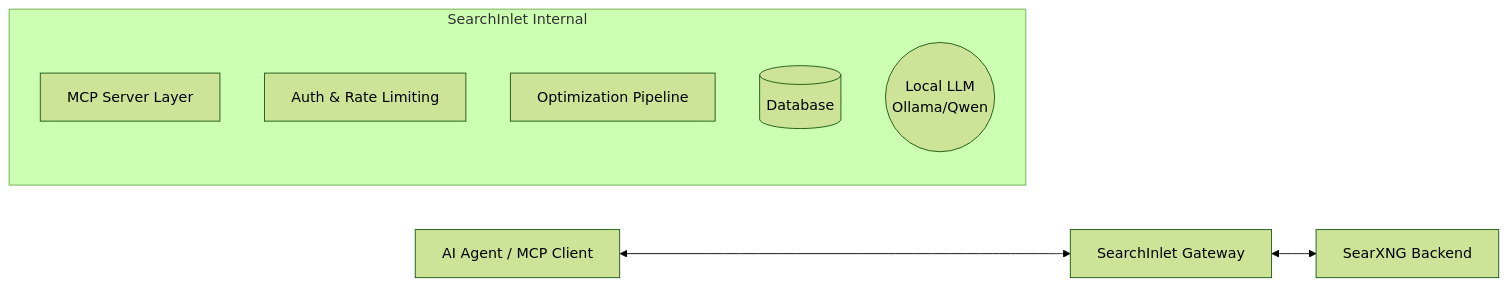
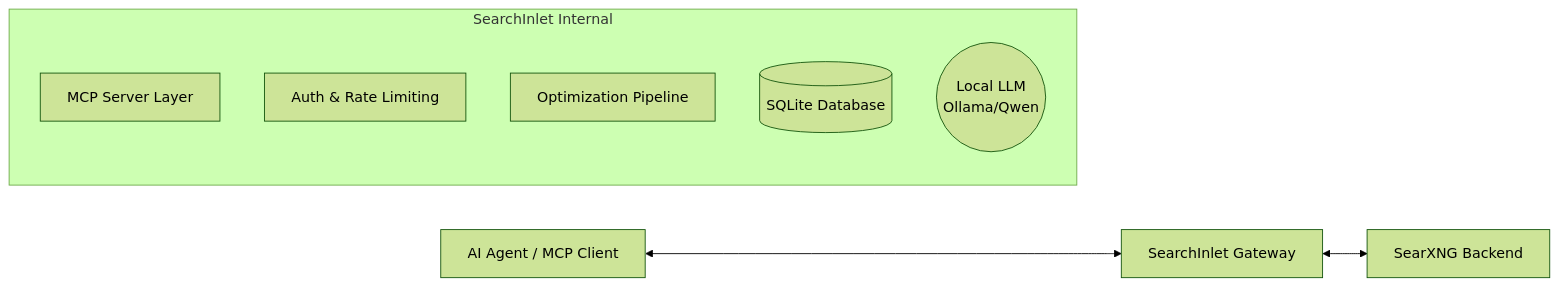
One commit to webdunesurfer/SearchInlet changed the diagram in README.md. Above: the diagram before and after it, drawn with Mermaid (forest theme). The commit also changed other lines of this file and 10 other files, not shown here.

Commit message:
Refactored architecture from SaaS to self-hosted utility. Removed phases 3 and 4, updated testing strategy, and deprecated SaaS ADRs.

````diff
--- a/README.md
+++ b/README.md
@@ -24,13 +24,13 @@
 ```mermaid
 graph LR
     Agent[AI Agent / MCP Client] <--> SI[SearchInlet Gateway]
     SI <--> SX[SearXNG Backend]
     
     subgraph "SearchInlet Internal"
         SI_MCP[MCP Server Layer]
         SI_Auth[Auth & Rate Limiting]
         SI_Proc[Optimization Pipeline]
-        SI_DB[(Database)]
+        SI_DB[(SQLite Database)]
         SI_LLM((Local LLM<br>Ollama/Qwen))
     end
 ```
````
